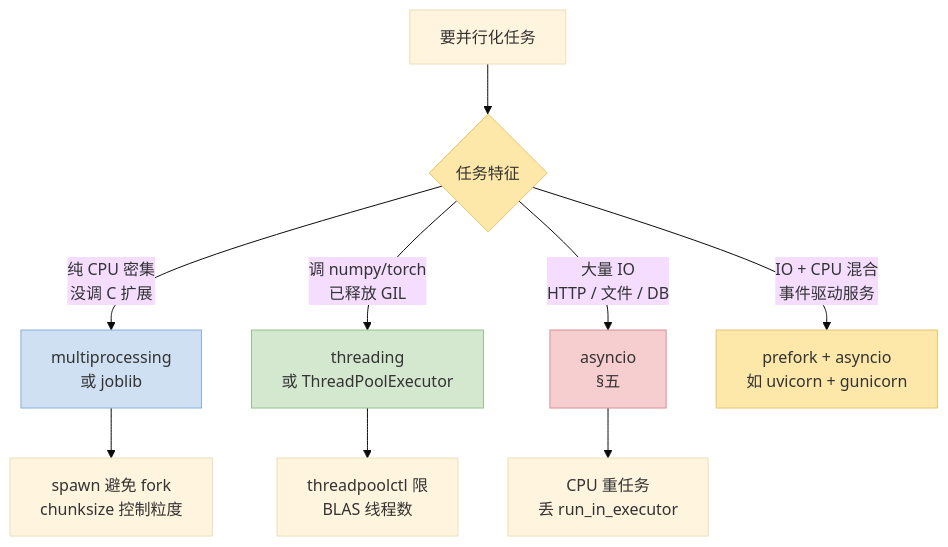
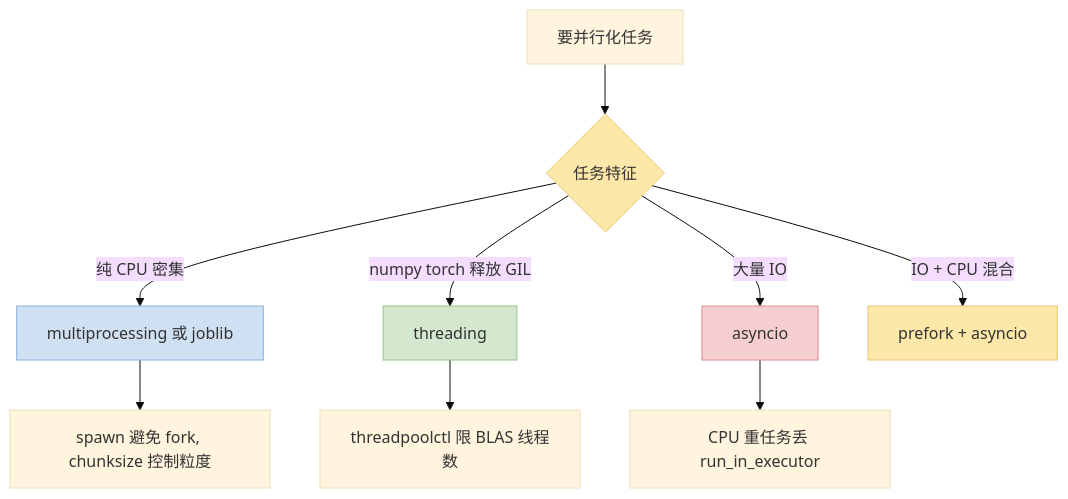
The second of 6 diagrams in posts/2026-05-07-python-cpu-bottleneck-troubleshooting-sop.md (pengyanai/notebook), drawn with Mermaid (base theme) before and after one commit. The commit also changed other lines of this file and 3 other files, not shown here.

````diff
--- a/posts/2026-05-07-python-cpu-bottleneck-troubleshooting-sop.md
+++ b/posts/2026-05-07-python-cpu-bottleneck-troubleshooting-sop.md
@@ -341,18 +404,16 @@
 ```mermaid
 graph TD
     T[要并行化任务] --> Q1{任务特征}
-    Q1 -->|纯 CPU 密集 <br/>没调 C 扩展| MP[multiprocessing<br/>或 joblib]
-    Q1 -->|调 numpy/torch<br/>已释放 GIL| TH[threading<br/>或 ThreadPoolExecutor]
-    Q1 -->|大量 IO<br/>HTTP / 文件 / DB| ASYNC[asyncio<br/>§五]
-    Q1 -->|IO + CPU 混合<br/>事件驱动服务| HY[prefork + asyncio<br/>如 uvicorn + gunicorn]
-
-    MP --> MP1[spawn 避免 fork<br/>chunksize 控制粒度]
-    TH --> TH1[threadpoolctl 限<br/>BLAS 线程数]
-    ASYNC --> ASYNC1[CPU 重任务<br/>丢 run_in_executor]
-
+    Q1 -->|纯 CPU 密集| MP[multiprocessing 或 joblib]
+    Q1 -->|numpy torch 释放 GIL| TH[threading]
+    Q1 -->|大量 IO| ASYNC[asyncio]
+    Q1 -->|IO + CPU 混合| HY[prefork + asyncio]
+    MP --> MP1[spawn 避免 fork, chunksize 控制粒度]
+    TH --> TH1[threadpoolctl 限 BLAS 线程数]
+    ASYNC --> ASYNC1[CPU 重任务丢 run_in_executor]
     style Q1 fill:#FDE8A9,stroke:#E7C56D
     style MP fill:#CFE0F3,stroke:#8AB0DB
     style TH fill:#D4E8CF,stroke:#94C18A
     style ASYNC fill:#F6CED0,stroke:#D98F92
     style HY fill:#FDE8A9,stroke:#E7C56D
 ```
````
